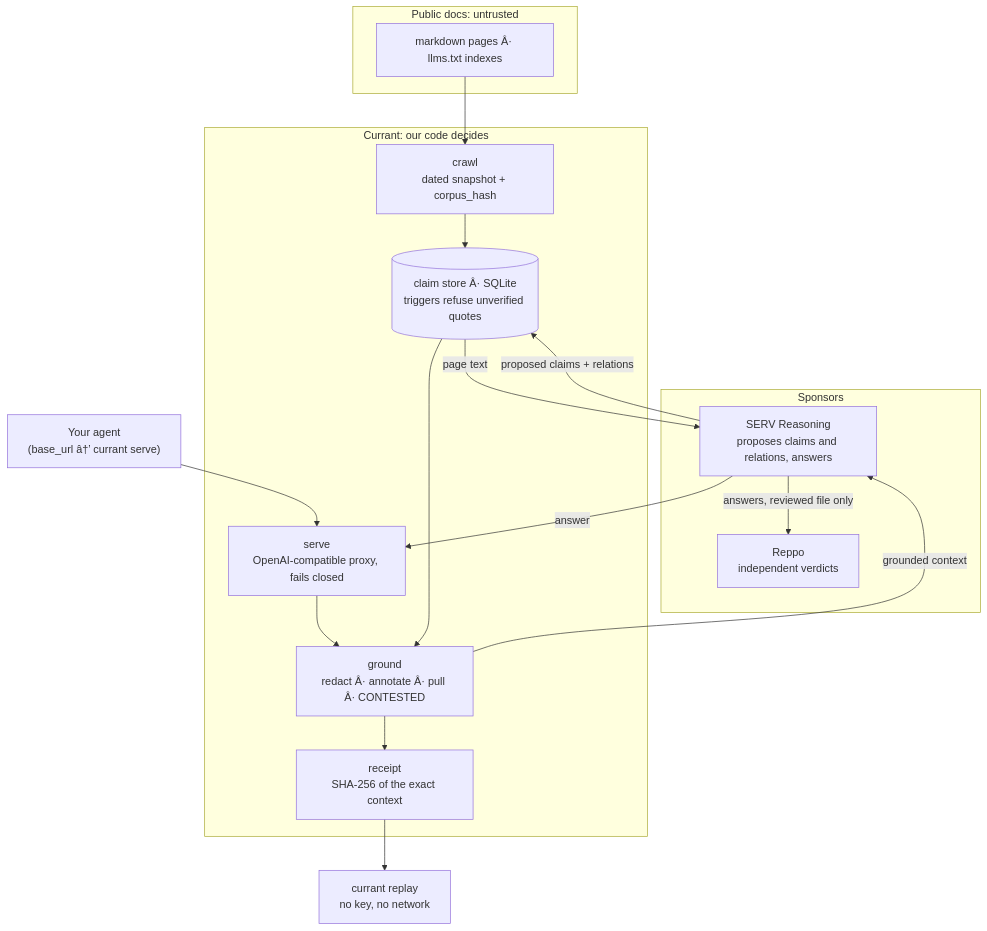
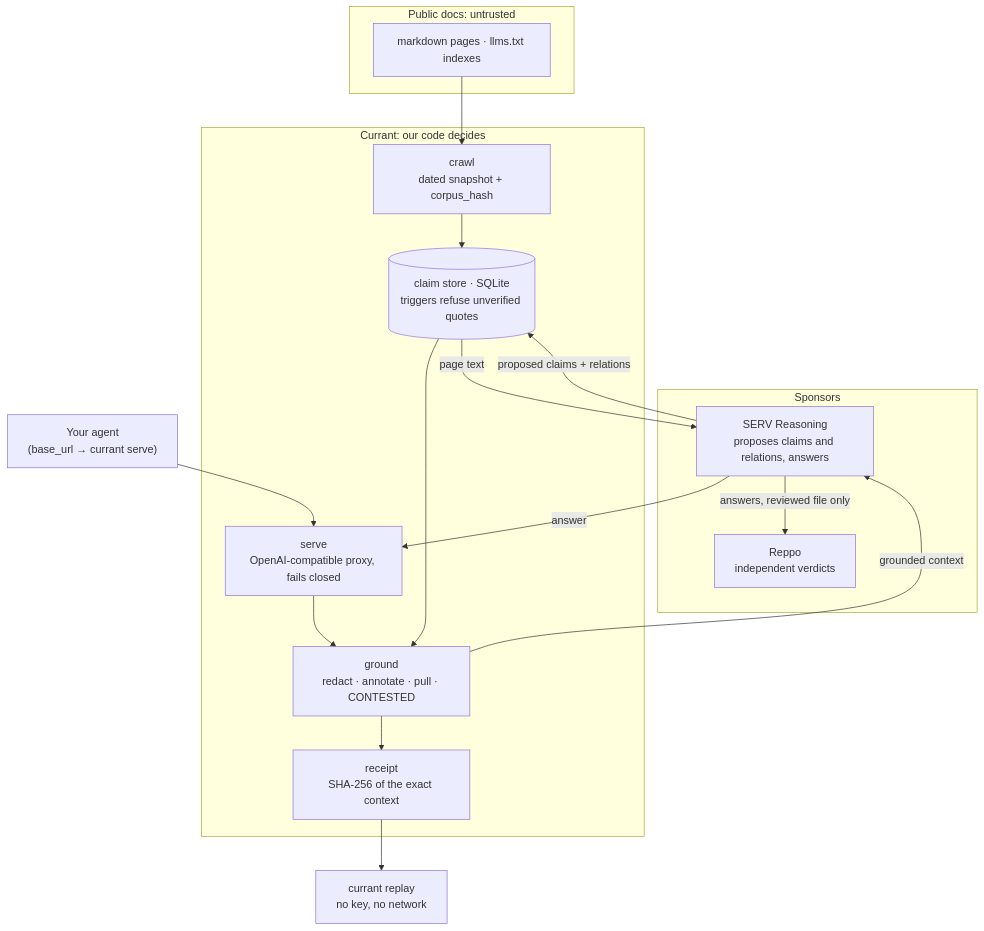
One commit to Dami904/currant changed the first of 2 diagrams in README.md. Above: the diagram before and after it, drawn with Mermaid. The commit also changed other lines of this file, not shown here.

````diff
--- a/README.md
+++ b/README.md
@@ -227,29 +227,29 @@
 ```mermaid
 flowchart TD
   subgraph Sources["Public docs: untrusted"]
-    D["markdown pages Â· llms.txt indexes"]
+    D["markdown pages · llms.txt indexes"]
   end
   subgraph Currant["Currant: our code decides"]
     C["crawl<br/>dated snapshot + corpus_hash"]
-    S[("claim store Â· SQLite<br/>triggers refuse unverified quotes")]
-    G["ground<br/>redact Â· annotate Â· pull Â· CONTESTED"]
+    S[("claim store · SQLite<br/>triggers refuse unverified quotes")]
+    G["ground<br/>redact · annotate · pull · CONTESTED"]
     K["receipt<br/>SHA-256 of the exact context"]
     P["serve<br/>OpenAI-compatible proxy, fails closed"]
   end
   subgraph Models["Sponsors"]
     M["SERV Reasoning<br/>proposes claims and relations, answers"]
     R["Reppo<br/>independent verdicts"]
   end
-  A["Your agent<br/>(base_url â†’ currant serve)"]
+  A["Your agent<br/>(base_url → currant serve)"]
   X["currant replay<br/>no key, no network"]
 
   D --> C --> S
   S -- "page text" --> M
   M -- "proposed claims + relations" --> S
   A --> P --> G
   S --> G --> K
   G -- "grounded context" --> M
   M -- "answer" --> P
   K --> X
   M -- "answers, reviewed file only" --> R
 ```
````
